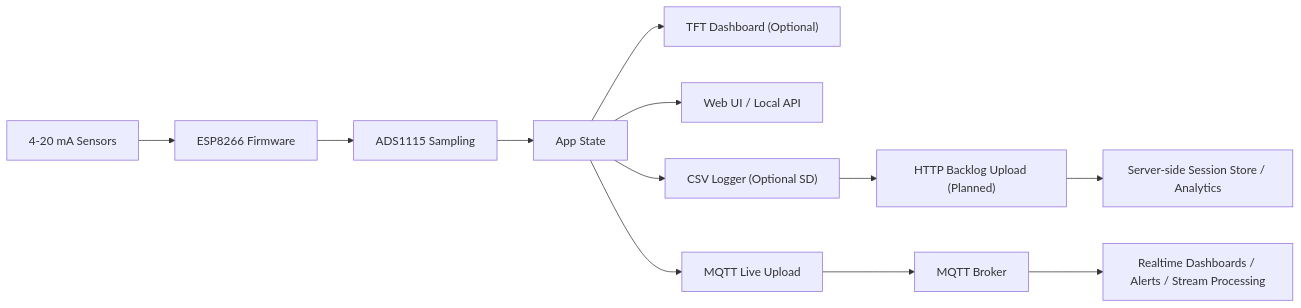
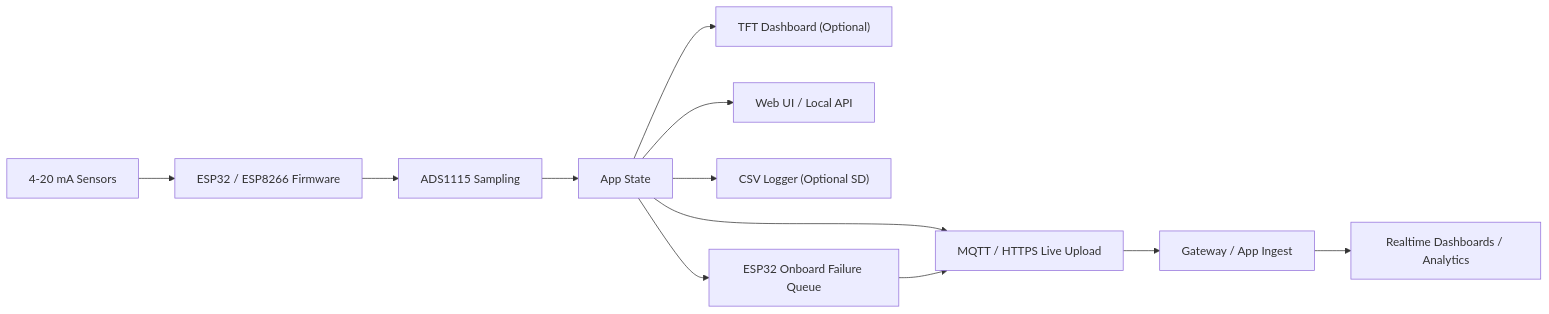
The diagram in README.md (V5U2/motorsport-data-acquisition), drawn with Mermaid before and after one commit. The commit also changed other lines of this file and 17 other files, not shown here.

Commit message:
feat: add ESP32 onboard store-and-forward

````diff
--- a/README.md
+++ b/README.md
@@ -99,14 +100,14 @@
 ```mermaid
 flowchart LR
-    A["4-20 mA Sensors"] --> B["ESP8266 Firmware"]
+    A["4-20 mA Sensors"] --> B["ESP32 / ESP8266 Firmware"]
     B --> C["ADS1115 Sampling"]
     C --> D["App State"]
     D --> E["TFT Dashboard (Optional)"]
     D --> F["Web UI / Local API"]
     D --> G["CSV Logger (Optional SD)"]
-    D --> H["MQTT Live Upload"]
-    H --> I["MQTT Broker"]
-    I --> J["Realtime Dashboards / Alerts / Stream Processing"]
-    G --> K["HTTP Backlog Upload (Planned)"]
-    K --> L["Server-side Session Store / Analytics"]
+    D --> H["MQTT / HTTPS Live Upload"]
+    H --> I["Gateway / App Ingest"]
+    D --> K["ESP32 Onboard Failure Queue"]
+    K --> H
+    I --> J["Realtime Dashboards / Analytics"]
 ```
````
